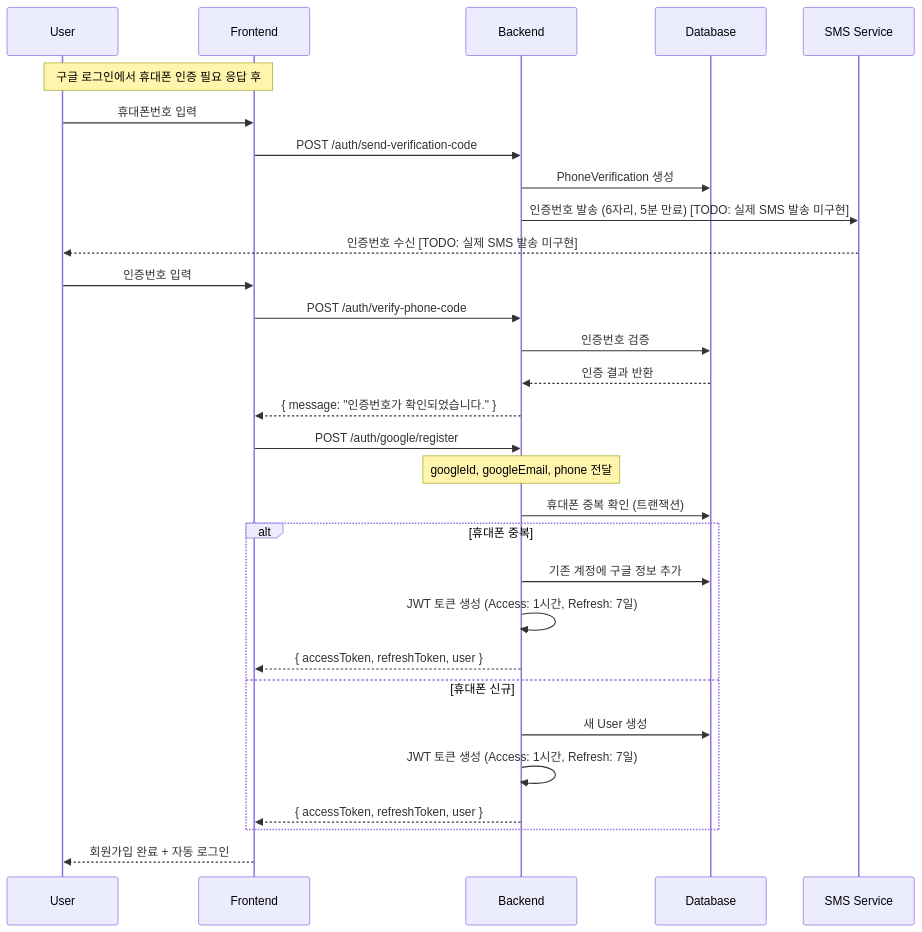
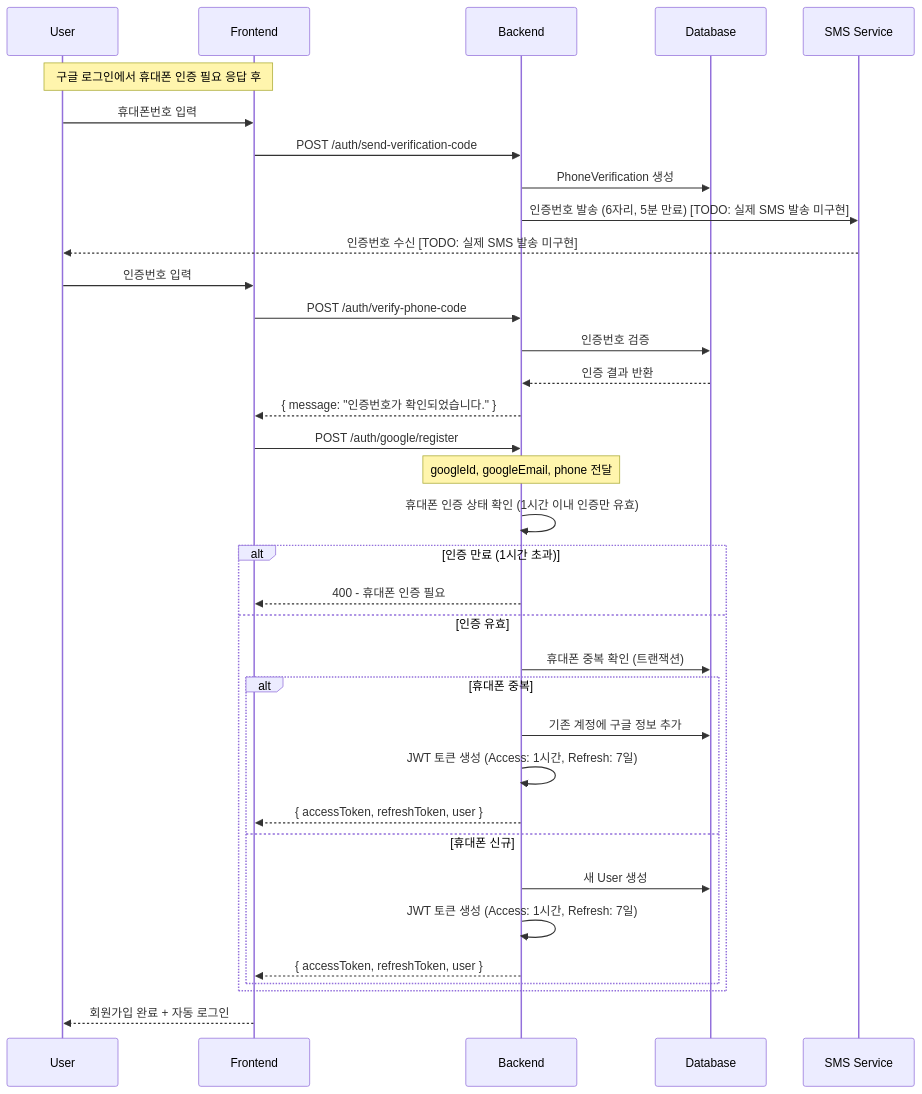
Before and after one commit to ServicePlayground/sweet-order: the fifth of 9 diagrams in apps/web-user/backend/docs/통합 로그인 및 회원가입 - 가이드.md, drawn with Mermaid. The commit also changed other lines of this file and 4 other files, not shown here.

Commit message:
[WEB-USER][BE][FEAT]: 휴대폰 인증 상태 확인 기능 추가 - 인증 완료 후 1시간 이내 유효성 검사 로직 구현, 관련 API 수정 및 Swagger 응답 데코레이터 추가

````diff
--- a/apps/web-user/backend/docs/통합 로그인 및 회원가입 - 가이드.md
+++ b/apps/web-user/backend/docs/통합 로그인 및 회원가입 - 가이드.md
@@ -210,38 +215,42 @@
 ```mermaid
 sequenceDiagram
     participant U as User
     participant F as Frontend
     participant B as Backend
     participant DB as Database
     participant SMS as SMS Service
 
     Note over U,F: 구글 로그인에서 휴대폰 인증 필요 응답 후
 
     U->>F: 휴대폰번호 입력
     F->>B: POST /auth/send-verification-code
     B->>DB: PhoneVerification 생성
     B->>SMS: 인증번호 발송 (6자리, 5분 만료) [TODO: 실제 SMS 발송 미구현]
     SMS-->>U: 인증번호 수신 [TODO: 실제 SMS 발송 미구현]
 
     U->>F: 인증번호 입력
     F->>B: POST /auth/verify-phone-code
     B->>DB: 인증번호 검증
     DB-->>B: 인증 결과 반환
     B-->>F: { message: "인증번호가 확인되었습니다." }
 
     F->>B: POST /auth/google/register
     Note over B: googleId, googleEmail, phone 전달
-    B->>DB: 휴대폰 중복 확인 (트랜잭션)
-
-    alt 휴대폰 중복
-        B->>DB: 기존 계정에 구글 정보 추가
-        B->>B: JWT 토큰 생성 (Access: 1시간, Refresh: 7일)
-        B-->>F: { accessToken, refreshToken, user }
-    else 휴대폰 신규
-        B->>DB: 새 User 생성
-        B->>B: JWT 토큰 생성 (Access: 1시간, Refresh: 7일)
-        B-->>F: { accessToken, refreshToken, user }
+    B->>B: 휴대폰 인증 상태 확인 (1시간 이내 인증만 유효)
+    alt 인증 만료 (1시간 초과)
+        B-->>F: 400 - 휴대폰 인증 필요
+    else 인증 유효
+        B->>DB: 휴대폰 중복 확인 (트랜잭션)
+        alt 휴대폰 중복
+            B->>DB: 기존 계정에 구글 정보 추가
+            B->>B: JWT 토큰 생성 (Access: 1시간, Refresh: 7일)
+            B-->>F: { accessToken, refreshToken, user }
+        else 휴대폰 신규
+            B->>DB: 새 User 생성
+            B->>B: JWT 토큰 생성 (Access: 1시간, Refresh: 7일)
+            B-->>F: { accessToken, refreshToken, user }
+        end
     end
 
     F-->>U: 회원가입 완료 + 자동 로그인
 ```
````
